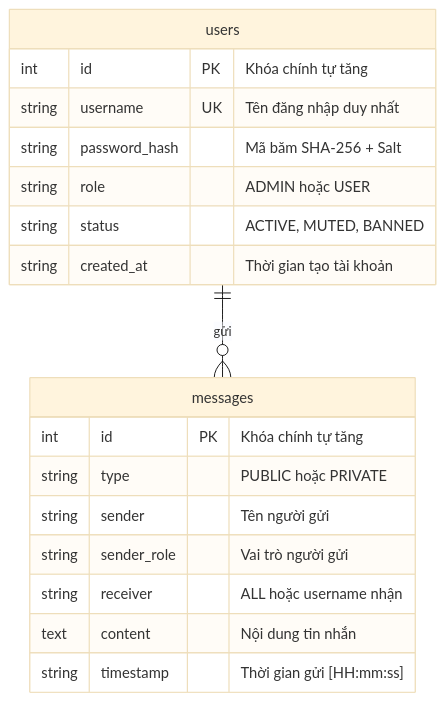
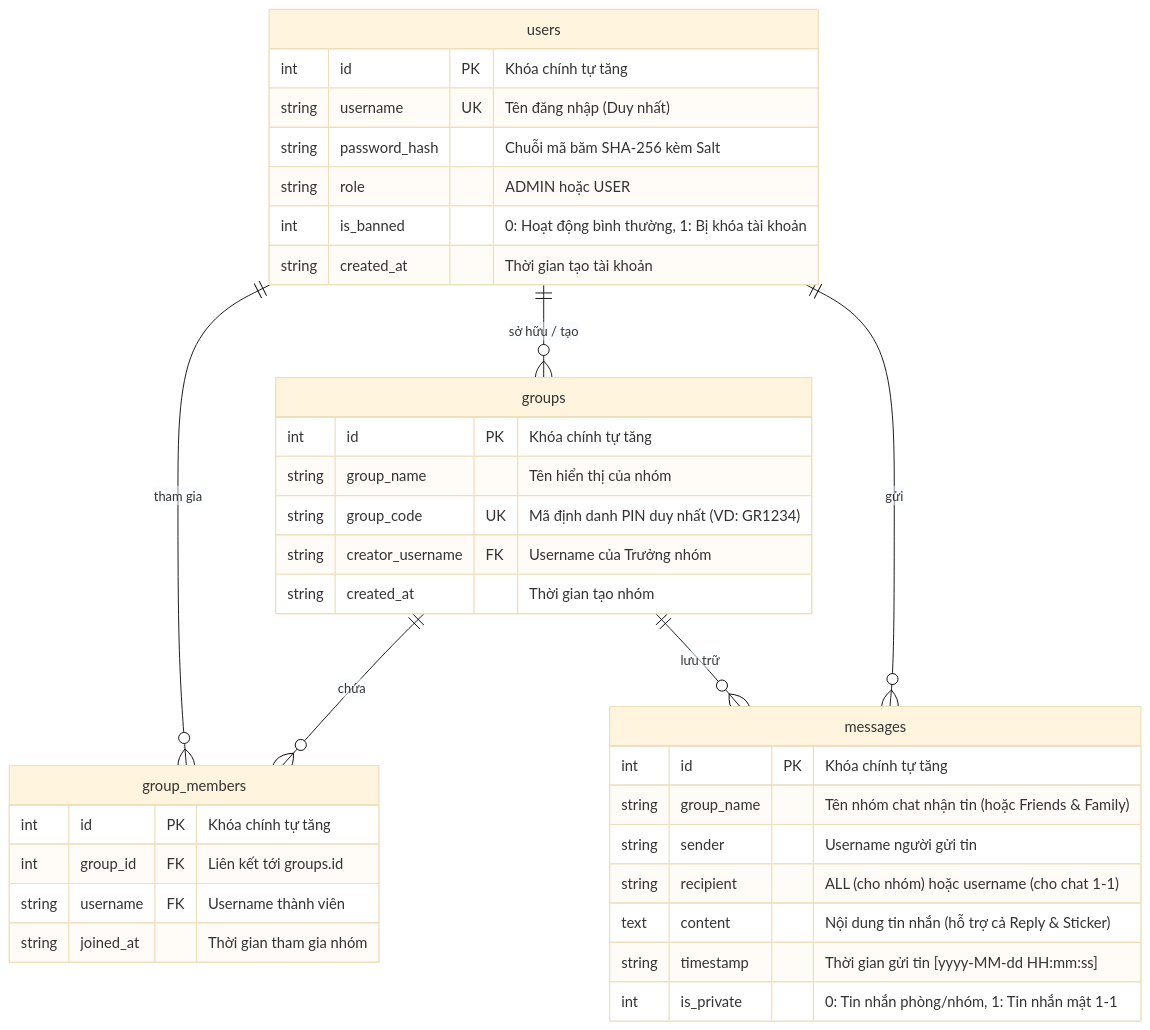
One commit to LeNgocDuy-SW/laptrinhmang changed the sixth of 6 diagrams in BAO_CAO_DO_AN.md. Above: the diagram before and after it, drawn with Mermaid (base theme). The commit also changed other lines of this file and 153 other files, not shown here.

````diff
--- a/BAO_CAO_DO_AN.md
+++ b/BAO_CAO_DO_AN.md
@@ -129,21 +498,42 @@
 ```mermaid
 erDiagram
+    users ||--o{ groups : "sở hữu / tạo"
+    users ||--o{ group_members : "tham gia"
+    groups ||--o{ group_members : "chứa"
+    groups ||--o{ messages : "lưu trữ"
+    users ||--o{ messages : "gửi"
+
     users {
         int id PK "Khóa chính tự tăng"
-        string username UK "Tên đăng nhập duy nhất"
-        string password_hash "Mã băm SHA-256 + Salt"
+        string username UK "Tên đăng nhập (Duy nhất)"
+        string password_hash "Chuỗi mã băm SHA-256 kèm Salt"
         string role "ADMIN hoặc USER"
-        string status "ACTIVE, MUTED, BANNED"
+        int is_banned "0: Hoạt động bình thường, 1: Bị khóa tài khoản"
         string created_at "Thời gian tạo tài khoản"
     }
+
+    groups {
+        int id PK "Khóa chính tự tăng"
+        string group_name "Tên hiển thị của nhóm"
+        string group_code UK "Mã định danh PIN duy nhất (VD: GR1234)"
+        string creator_username FK "Username của Trưởng nhóm"
+        string created_at "Thời gian tạo nhóm"
+    }
+
+    group_members {
+        int id PK "Khóa chính tự tăng"
+        int group_id FK "Liên kết tới groups.id"
+        string username FK "Username thành viên"
+        string joined_at "Thời gian tham gia nhóm"
+    }
+
     messages {
         int id PK "Khóa chính tự tăng"
-        string type "PUBLIC hoặc PRIVATE"
-        string sender "Tên người gửi"
-        string sender_role "Vai trò người gửi"
-        string receiver "ALL hoặc username nhận"
-        text content "Nội dung tin nhắn"
-        string timestamp "Thời gian gửi [HH:mm:ss]"
+        string group_name "Tên nhóm chat nhận tin (hoặc Friends & Family)"
+        string sender "Username người gửi tin"
+        string recipient "ALL (cho nhóm) hoặc username (cho chat 1-1)"
+        text content "Nội dung tin nhắn (hỗ trợ cả Reply & Sticker)"
+        string timestamp "Thời gian gửi tin [yyyy-MM-dd HH:mm:ss]"
+        int is_private "0: Tin nhắn phòng/nhóm, 1: Tin nhắn mật 1-1"
     }
-    users ||--o{ messages : "gửi"
 ```
````
